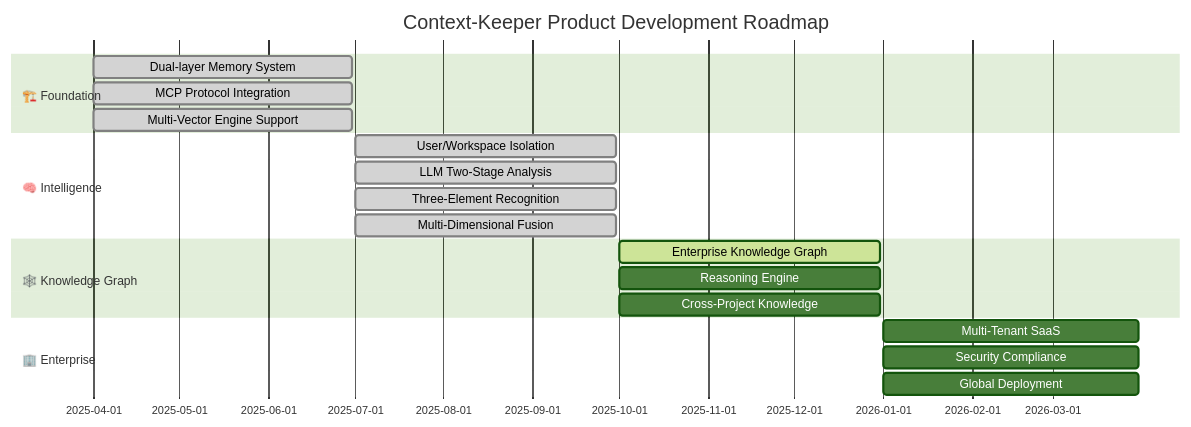
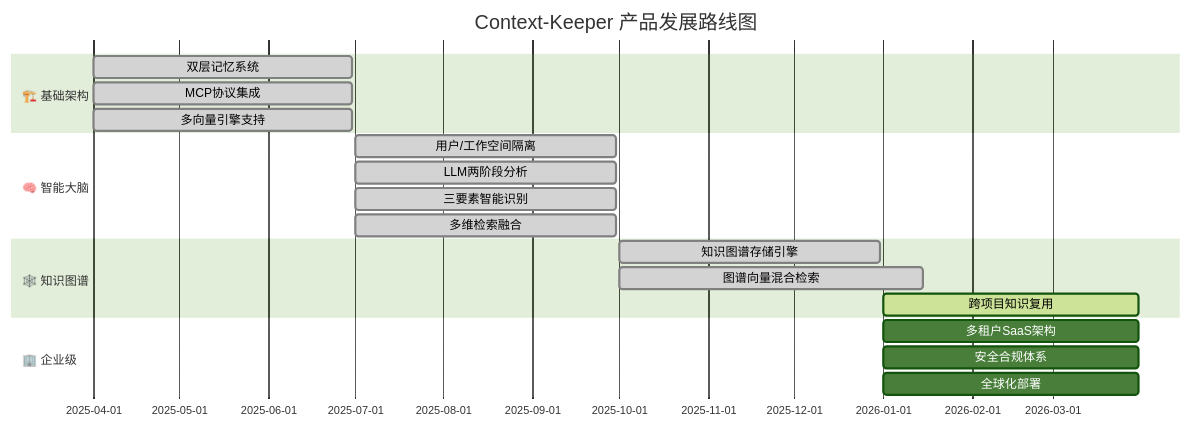
Before and after one commit to GitEnglish/emergent-corpus-L2-context-keeper: the fourth of 5 diagrams in README.md, drawn with Mermaid (forest theme). The commit also changed other lines of this file and 2 other files, not shown here.

````diff
--- a/README.md
+++ b/README.md
@@ -673,25 +716,25 @@
 ```mermaid
 gantt
-    title Context-Keeper Product Development Roadmap
+    title Context-Keeper 产品发展路线图
     dateFormat  YYYY-MM-DD
-    section 🏗️ Foundation
-    Dual-layer Memory System    :done, basic1, 2025-04-01, 2025-06-30
-    MCP Protocol Integration    :done, basic2, 2025-04-01, 2025-06-30
-    Multi-Vector Engine Support :done, basic3, 2025-04-01, 2025-06-30
+    section 🏗️ 基础架构
+    双层记忆系统          :done, basic1, 2025-04-01, 2025-06-30
+    MCP协议集成          :done, basic2, 2025-04-01, 2025-06-30
+    多向量引擎支持        :done, basic3, 2025-04-01, 2025-06-30
     
-    section 🧠 Intelligence  
-    User/Workspace Isolation    :done, brain0, 2025-07-01, 2025-09-30
-    LLM Two-Stage Analysis      :done, brain1, 2025-07-01, 2025-09-30
-    Three-Element Recognition   :done, brain2, 2025-07-01, 2025-09-30
-    Multi-Dimensional Fusion   :done, brain3, 2025-07-01, 2025-09-30
+    section 🧠 智能大脑  
+    用户/工作空间隔离      :done, brain0, 2025-07-01, 2025-09-30
+    LLM两阶段分析        :done, brain1, 2025-07-01, 2025-09-30
+    三要素智能识别        :done, brain2, 2025-07-01, 2025-09-30
+    多维检索融合         :done, brain3, 2025-07-01, 2025-09-30
     
-    section 🕸️ Knowledge Graph
-    Enterprise Knowledge Graph  :active, kg1, 2025-10-01, 2025-12-31
-    Reasoning Engine           :kg2, 2025-10-01, 2025-12-31
-    Cross-Project Knowledge    :kg3, 2025-10-01, 2025-12-31
+    section 🕸️ 知识图谱
+    知识图谱存储引擎       :done, kg1, 2025-10-01, 2025-12-31
+    图谱向量混合检索       :done, kg2, 2025-10-01, 2026-01-15
+    跨项目知识复用        :active, kg3, 2026-01-01, 2026-03-31
     
-    section 🏢 Enterprise
-    Multi-Tenant SaaS          :enterprise1, 2026-01-01, 2026-03-31
-    Security Compliance        :enterprise2, 2026-01-01, 2026-03-31
-    Global Deployment          :enterprise3, 2026-01-01, 2026-03-31
+    section 🏢 企业级
+    多租户SaaS架构       :enterprise1, 2026-01-01, 2026-03-31
+    安全合规体系         :enterprise2, 2026-01-01, 2026-03-31
+    全球化部署           :enterprise3, 2026-01-01, 2026-03-31
 ```
````
